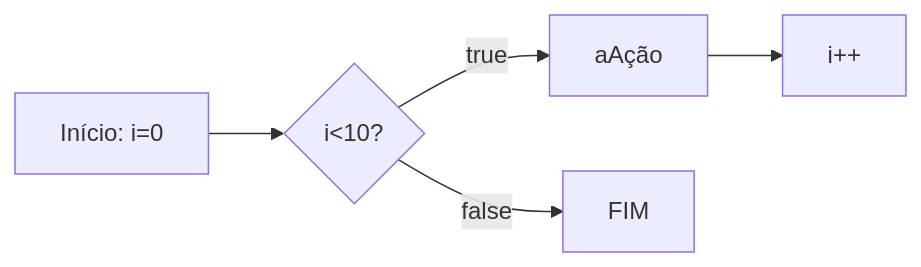
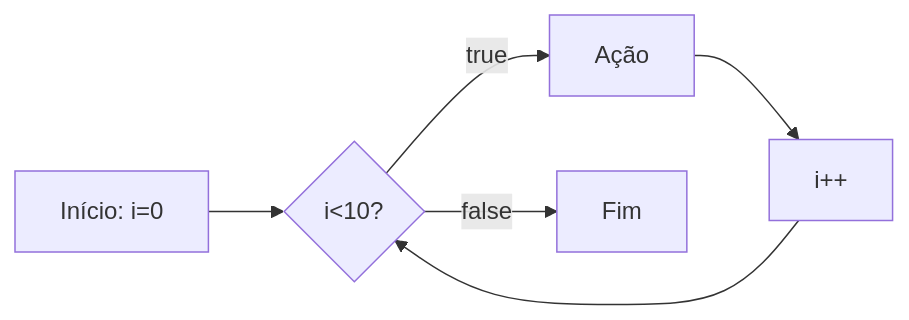
Before and after one commit to FelipeScalfi/BackEnd: the eighth of 18 diagrams in README.md, drawn with Mermaid. The commit also changed other lines of this file and 12 other files, not shown here.

````diff
--- a/README.md
+++ b/README.md
@@ -466,7 +475,10 @@
 ```mermaid
+
 flowchart LR
     A[Início: i=0] --> B{i<10?}
-    B --true--> C[aAção]
+    B --true--> C[Ação]
     C --> D[i++]
-    B --false--> E[FIM]
+    D --> B
+    B --false--> E[Fim]
+
 ```
````
